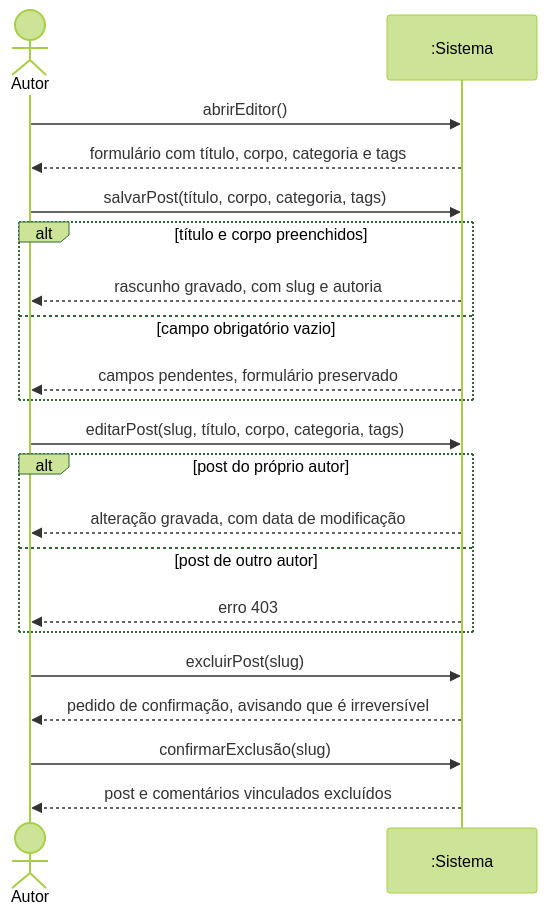
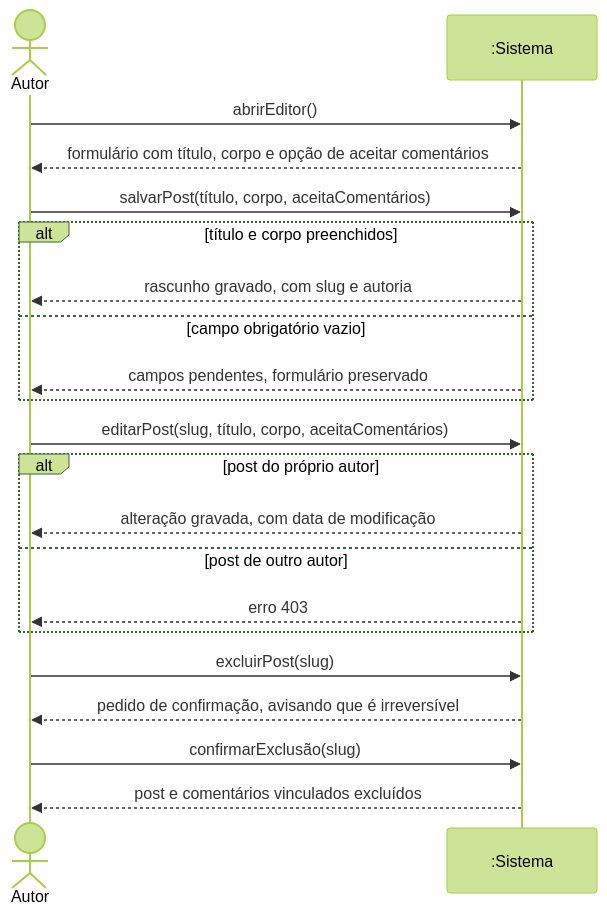
One commit to ataraxia-ppads/ataraxia-blog changed the fourth of 5 diagrams in docs/sequencia-de-sistema.md. Above: the diagram before and after it, drawn with Mermaid (forest theme). The commit also changed other lines of this file and 40 other files, not shown here.

````diff
--- a/docs/sequencia-de-sistema.md
+++ b/docs/sequencia-de-sistema.md
@@ -97,23 +97,23 @@
 ```mermaid
 sequenceDiagram
     actor A as Autor
     participant S as :Sistema
     A->>S: abrirEditor()
-    S-->>A: formulário com título, corpo, categoria e tags
-    A->>S: salvarPost(título, corpo, categoria, tags)
+    S-->>A: formulário com título, corpo e opção de aceitar comentários
+    A->>S: salvarPost(título, corpo, aceitaComentários)
     alt título e corpo preenchidos
         S-->>A: rascunho gravado, com slug e autoria
     else campo obrigatório vazio
         S-->>A: campos pendentes, formulário preservado
     end
-    A->>S: editarPost(slug, título, corpo, categoria, tags)
+    A->>S: editarPost(slug, título, corpo, aceitaComentários)
     alt post do próprio autor
         S-->>A: alteração gravada, com data de modificação
     else post de outro autor
         S-->>A: erro 403
     end
     A->>S: excluirPost(slug)
     S-->>A: pedido de confirmação, avisando que é irreversível
     A->>S: confirmarExclusão(slug)
     S-->>A: post e comentários vinculados excluídos
 ```
````
